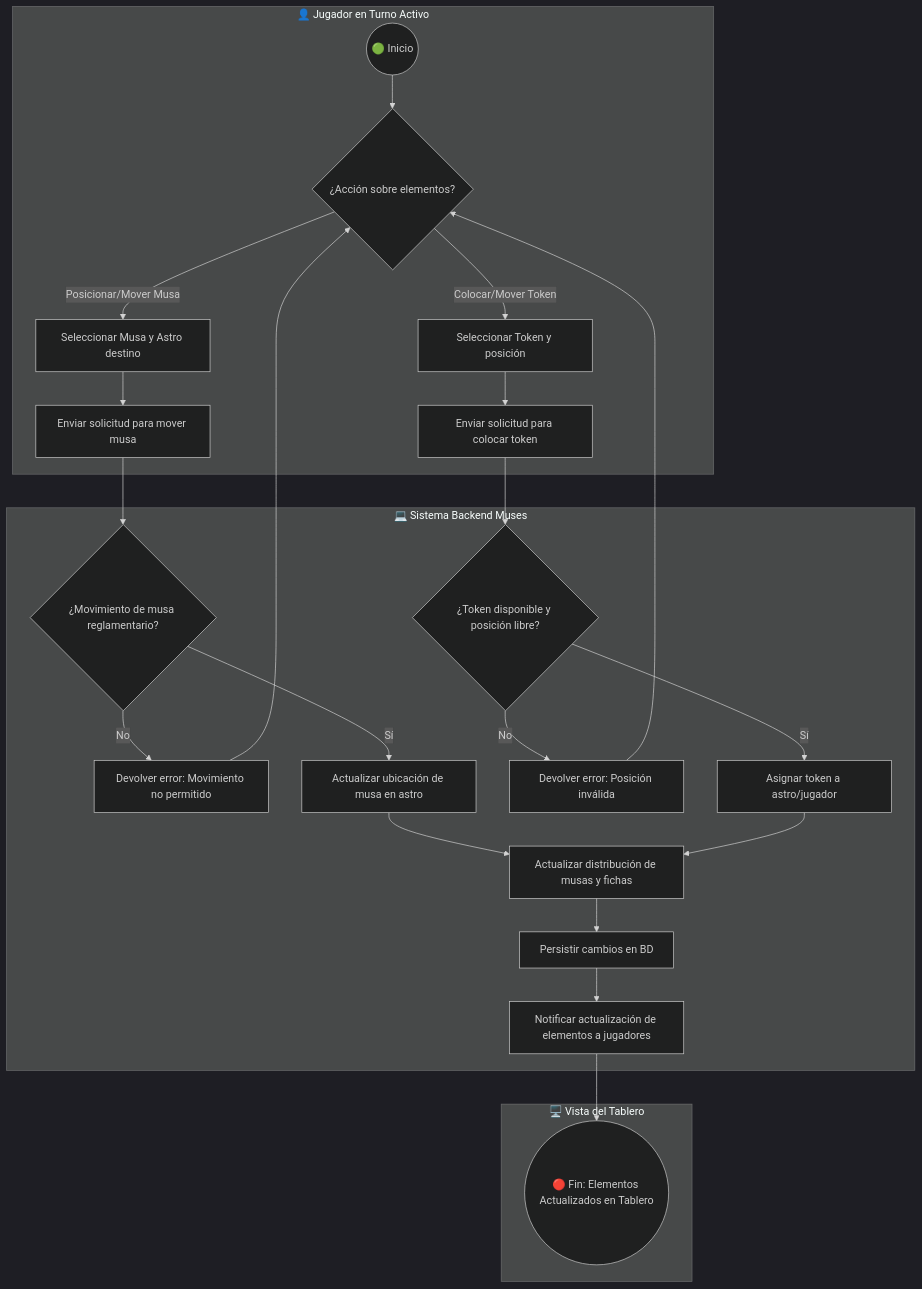
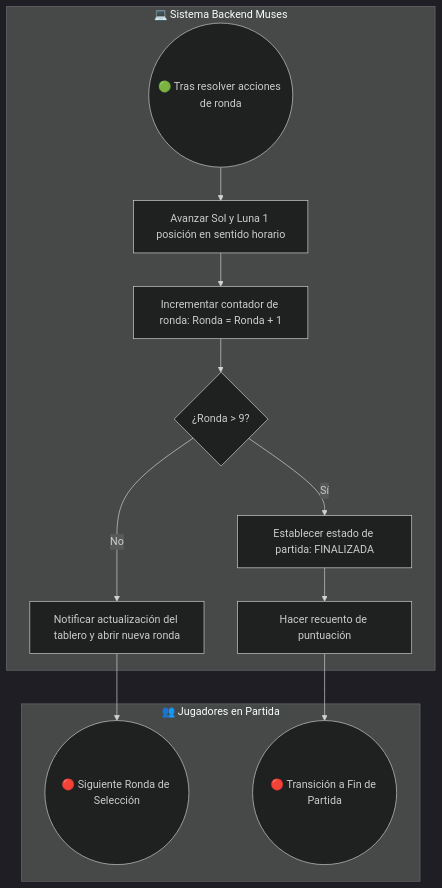
The seventh of 10 diagrams in docs/Análisis/Procesos de negocio.md (PedroJimenezGuerrero/Muses_TFG), drawn with Mermaid (dark theme) before and after one commit. The commit also changed other lines of this file, not shown here.

````diff
--- a/docs/Análisis/Procesos de negocio.md
+++ b/docs/Análisis/Procesos de negocio.md
@@ -288,33 +259,17 @@
 ```mermaid
 flowchart TD
-    subgraph JugadorActivo ["👤 Jugador en Turno Activo"]
-        A(( 🟢 Inicio )) --> B{¿Acción sobre elementos?}
+    subgraph Backend ["💻 Sistema Backend Muses"]
+        A(( 🟢 Tras resolver acciones de ronda )) --> B[Avanzar Sol y Luna 1 posición en sentido horario]
+        B --> D[Incrementar contador de ronda: Ronda = Ronda + 1]
+        D --> E{¿Ronda > 9?}
         
-        B -- Posicionar/Mover Musa --> C[Seleccionar Musa y Astro destino]
-        C --> D[Enviar solicitud para mover musa]
-
-        B -- Colocar/Mover Token --> E[Seleccionar Token y posición]
-        E --> F[Enviar solicitud para colocar token]
+        E -- No --> F[Notificar actualización del tablero y abrir nueva ronda]
+        E -- Sí --> G[Establecer estado de partida: FINALIZADA]
+        G --> H[Hacer recuento de puntuación]
     end
 
-    subgraph Backend ["💻 Sistema Backend Muses"]
-        D --> G{¿Movimiento de musa reglamentario?}
-        G -- No --> H[Devolver error: Movimiento no permitido]
-        G -- Sí --> I[Actualizar ubicación de musa en astro]
-
-        F --> J{¿Token disponible y posición libre?}
-        J -- No --> K[Devolver error: Posición inválida]
-        J -- Sí --> L[Asignar token a astro/jugador]
-
-        I --> M[Actualizar distribución de musas y fichas]
-        L --> M
-        M --> N[Persistir cambios en BD]
-        N --> O[Notificar actualización de elementos a jugadores]
-    end
-
-    subgraph TableroUI ["🖥️ Vista del Tablero"]
-        H --> B
-        K --> B
-        O --> P(( 🔴 Fin: Elementos Actualizados en Tablero ))
+    subgraph Clientes ["👥 Jugadores en Partida"]
+        F --> I(( 🔴 Siguiente Ronda de Selección ))
+        H --> J(( 🔴 Transición a Fin de Partida ))
     end
 ```
````
